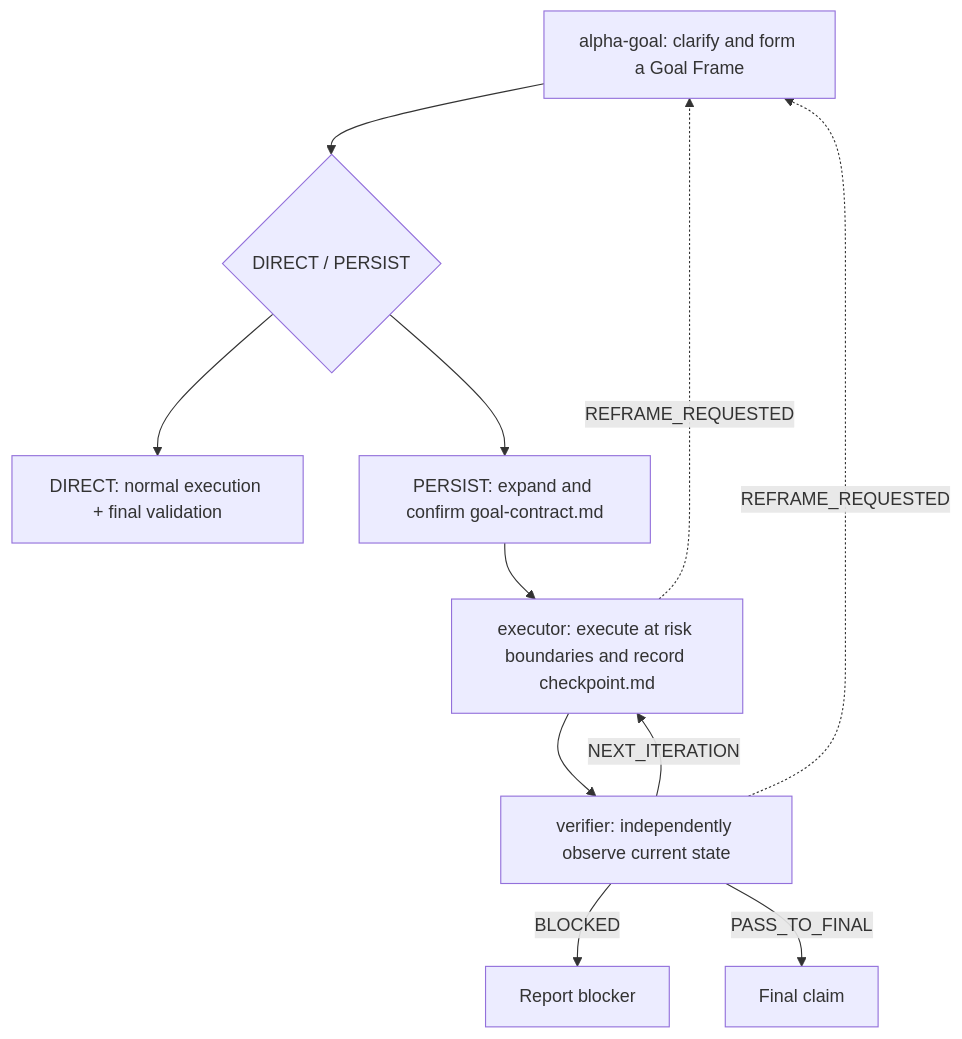
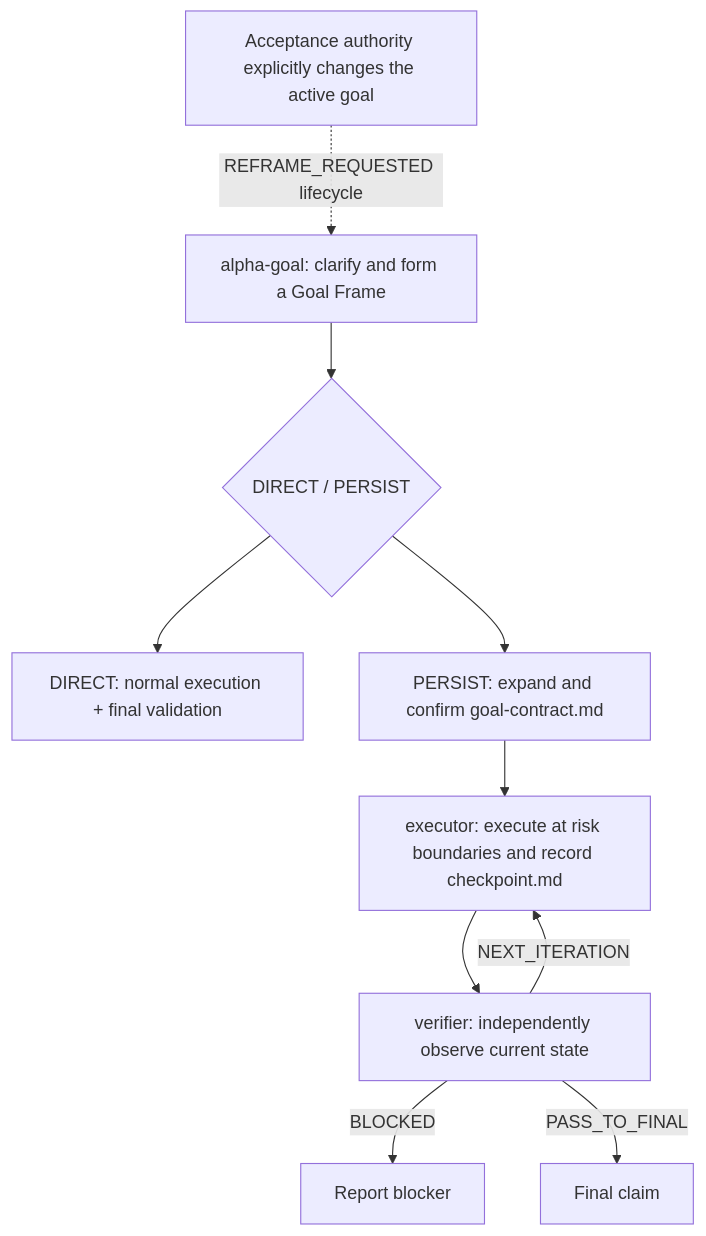
Before and after one commit to azhonglee/alpha-goal: the diagram in README.en.md, drawn with Mermaid. The commit also changed other lines of this file and 9 other files, not shown here.

````diff
--- a/README.en.md
+++ b/README.en.md
@@ -9,13 +9,12 @@
 ```mermaid
 flowchart TD
   A["alpha-goal: clarify and form a Goal Frame"] --> R{"DIRECT / PERSIST"}
   R --> D["DIRECT: normal execution + final validation"]
   R --> P["PERSIST: expand and confirm goal-contract.md"]
   P --> E["executor: execute at risk boundaries and record checkpoint.md"]
   E --> V["verifier: independently observe current state"]
   V -->|"NEXT_ITERATION"| E
-  E -. "REFRAME_REQUESTED" .-> A
-  V -. "REFRAME_REQUESTED" .-> A
+  G["Acceptance authority explicitly changes the active goal"] -. "REFRAME_REQUESTED lifecycle" .-> A
   V -->|"BLOCKED"| B["Report blocker"]
   V -->|"PASS_TO_FINAL"| F["Final claim"]
 ```
````
